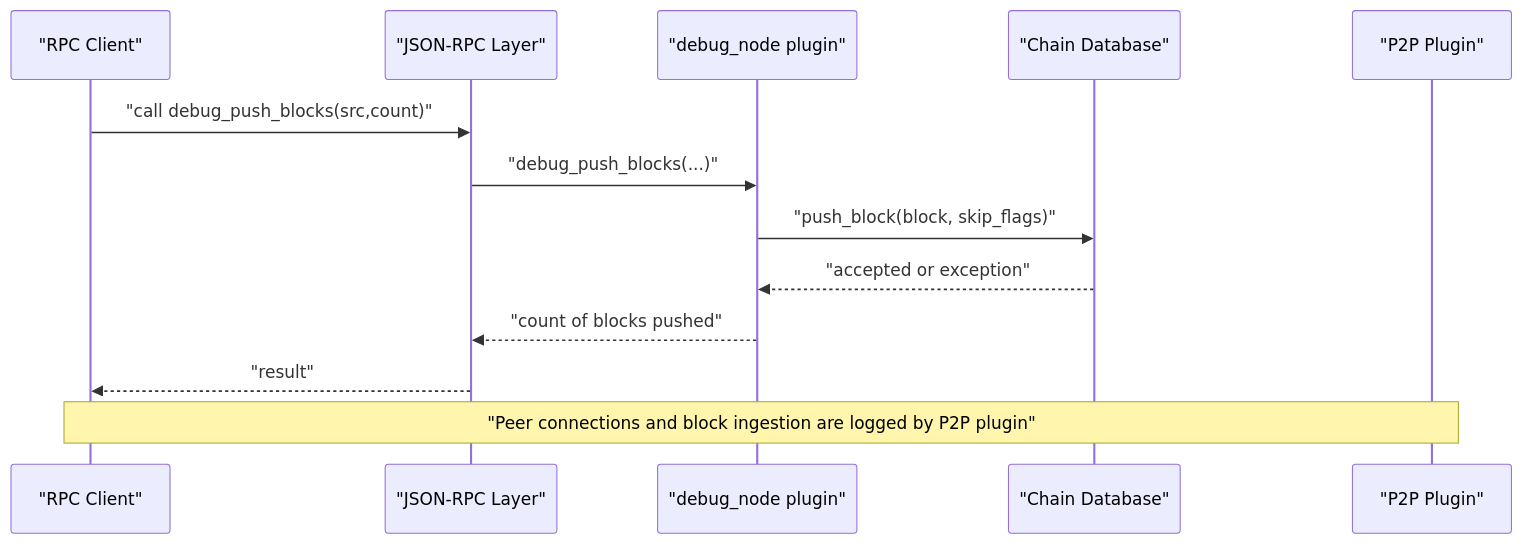
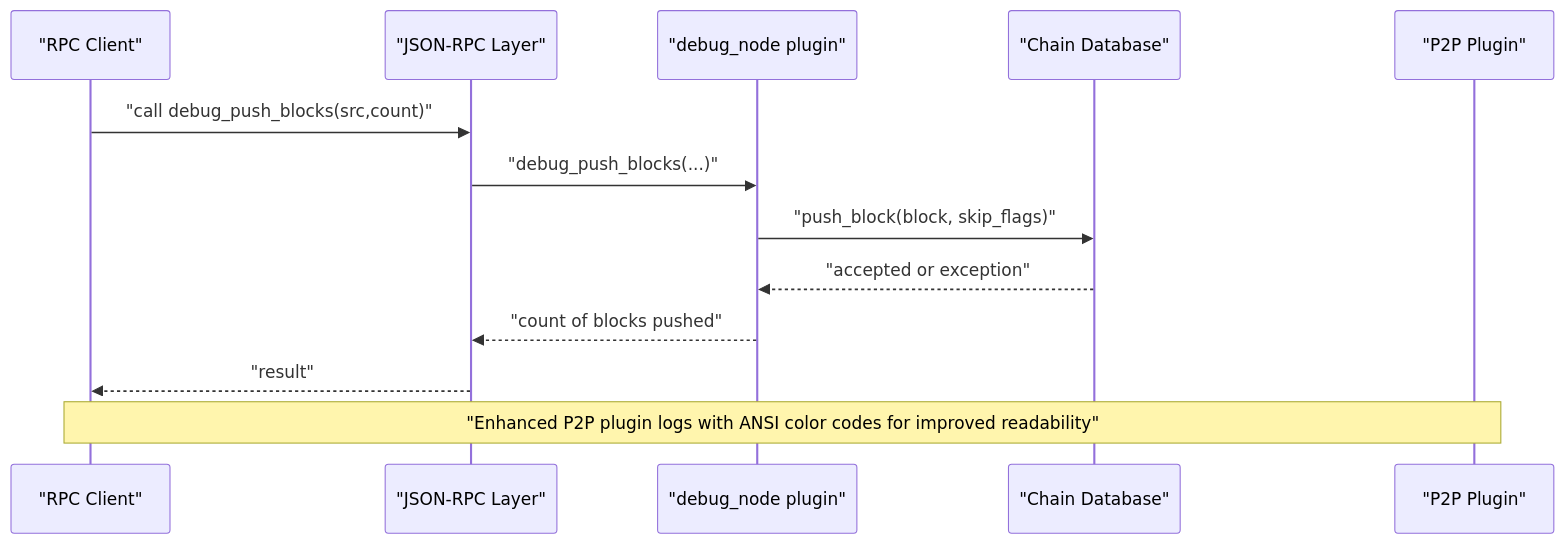
Before and after one commit to VIZ-Blockchain/viz-cpp-node: the second of 8 diagrams in .qoder/repowiki/en/content/Development Tools/Debugging Tools/Debugging Tools.md, drawn with Mermaid. The commit also changed other lines of this file and 3 other files, not shown here.

First line of the commit message:
docs(debugging): enhance P2P plugin logging with ANSI color codes

````diff
--- a/.qoder/repowiki/en/content/Development Tools/Debugging Tools/Debugging Tools.md
+++ b/.qoder/repowiki/en/content/Development Tools/Debugging Tools/Debugging Tools.md
@@ -125,15 +141,15 @@
 ```mermaid
 sequenceDiagram
 participant Client as "RPC Client"
 participant JSONRPC as "JSON-RPC Layer"
 participant DNP as "debug_node plugin"
 participant DB as "Chain Database"
 participant P2P as "P2P Plugin"
 Client->>JSONRPC : "call debug_push_blocks(src,count)"
 JSONRPC->>DNP : "debug_push_blocks(...)"
 DNP->>DB : "push_block(block, skip_flags)"
 DB-->>DNP : "accepted or exception"
 DNP-->>JSONRPC : "count of blocks pushed"
 JSONRPC-->>Client : "result"
-Note over Client,P2P : "Peer connections and block ingestion are logged by P2P plugin"
+Note over Client,P2P : "Enhanced P2P plugin logs with ANSI color codes for improved readability"
 ```
````
